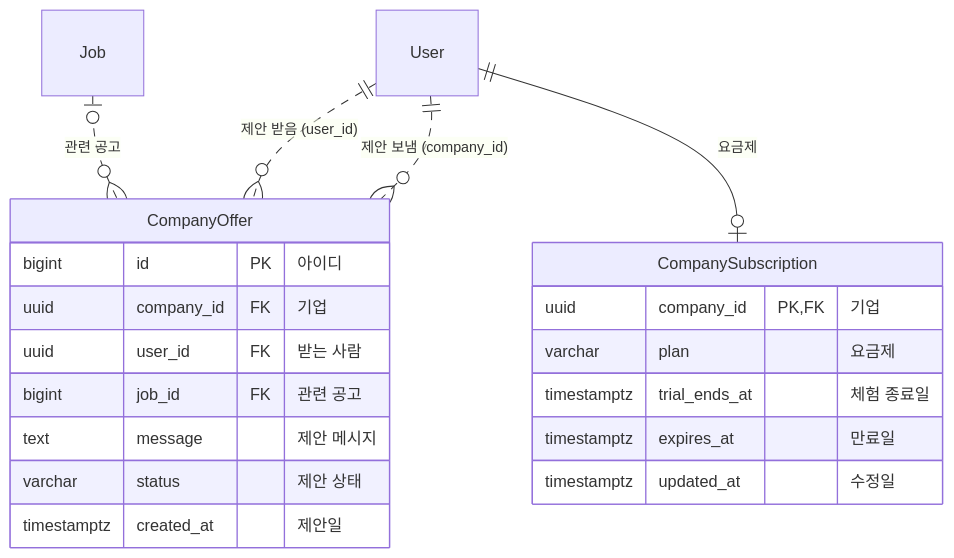
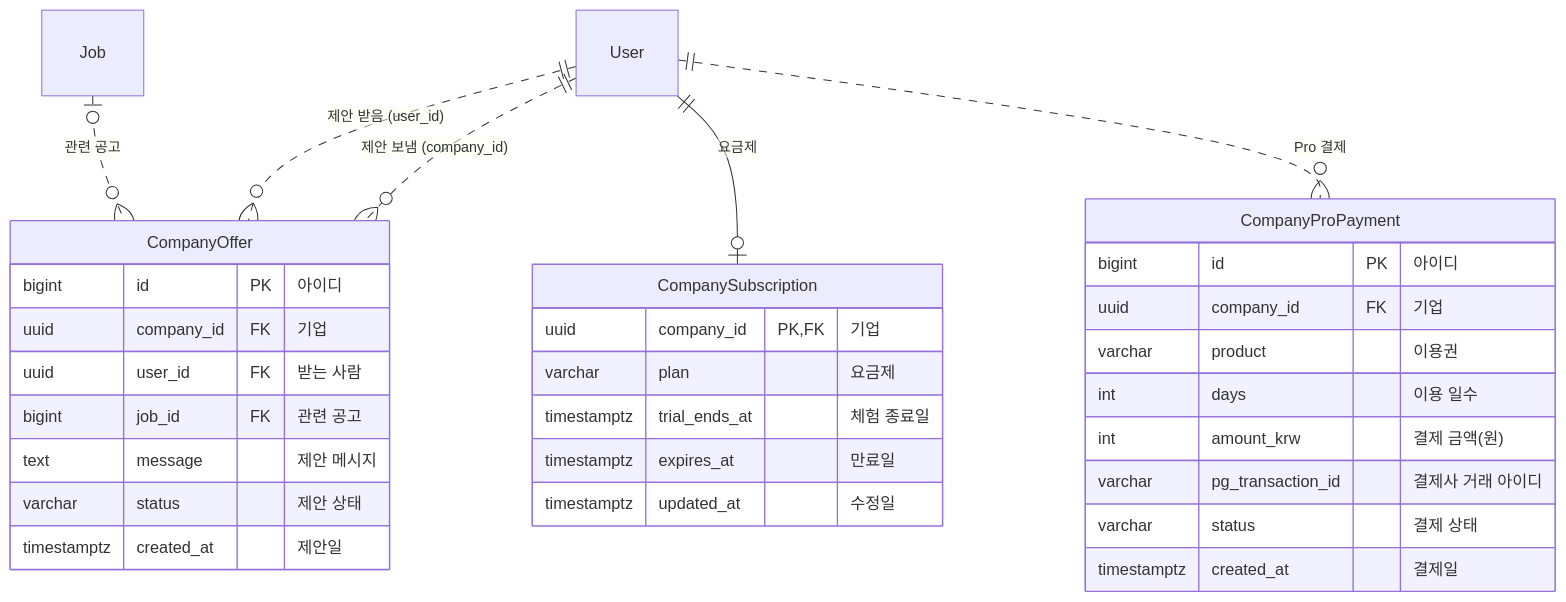
The seventh of 7 diagrams in docs/database-design.md (likelion-backendschool-9th/Resuit_Prj), drawn with Mermaid before and after one commit. The commit also changed other lines of this file and 21 other files, not shown here.

First line of the commit message:
feat: 기업 Pro 이용권 토스페이 결제 구현

````diff
--- a/docs/database-design.md
+++ b/docs/database-design.md
@@ -466,24 +467,35 @@
 ```mermaid
 erDiagram
     User ||..o{ CompanyOffer : "제안 보냄 (company_id)"
     User ||..o{ CompanyOffer : "제안 받음 (user_id)"
     Job |o..o{ CompanyOffer : "관련 공고"
     User ||--o| CompanySubscription : "요금제"
+    User ||..o{ CompanyProPayment : "Pro 결제"
 
     CompanyOffer {
       bigint id PK "아이디"
       uuid company_id FK "기업"
       uuid user_id FK "받는 사람"
       bigint job_id FK "관련 공고"
       text message "제안 메시지"
       varchar status "제안 상태"
       timestamptz created_at "제안일"
     }
     CompanySubscription {
       uuid company_id PK, FK "기업"
       varchar plan "요금제"
       timestamptz trial_ends_at "체험 종료일"
       timestamptz expires_at "만료일"
       timestamptz updated_at "수정일"
     }
+    CompanyProPayment {
+      bigint id PK "아이디"
+      uuid company_id FK "기업"
+      varchar product "이용권"
+      int days "이용 일수"
+      int amount_krw "결제 금액(원)"
+      varchar pg_transaction_id "결제사 거래 아이디"
+      varchar status "결제 상태"
+      timestamptz created_at "결제일"
+    }
 ```
````
